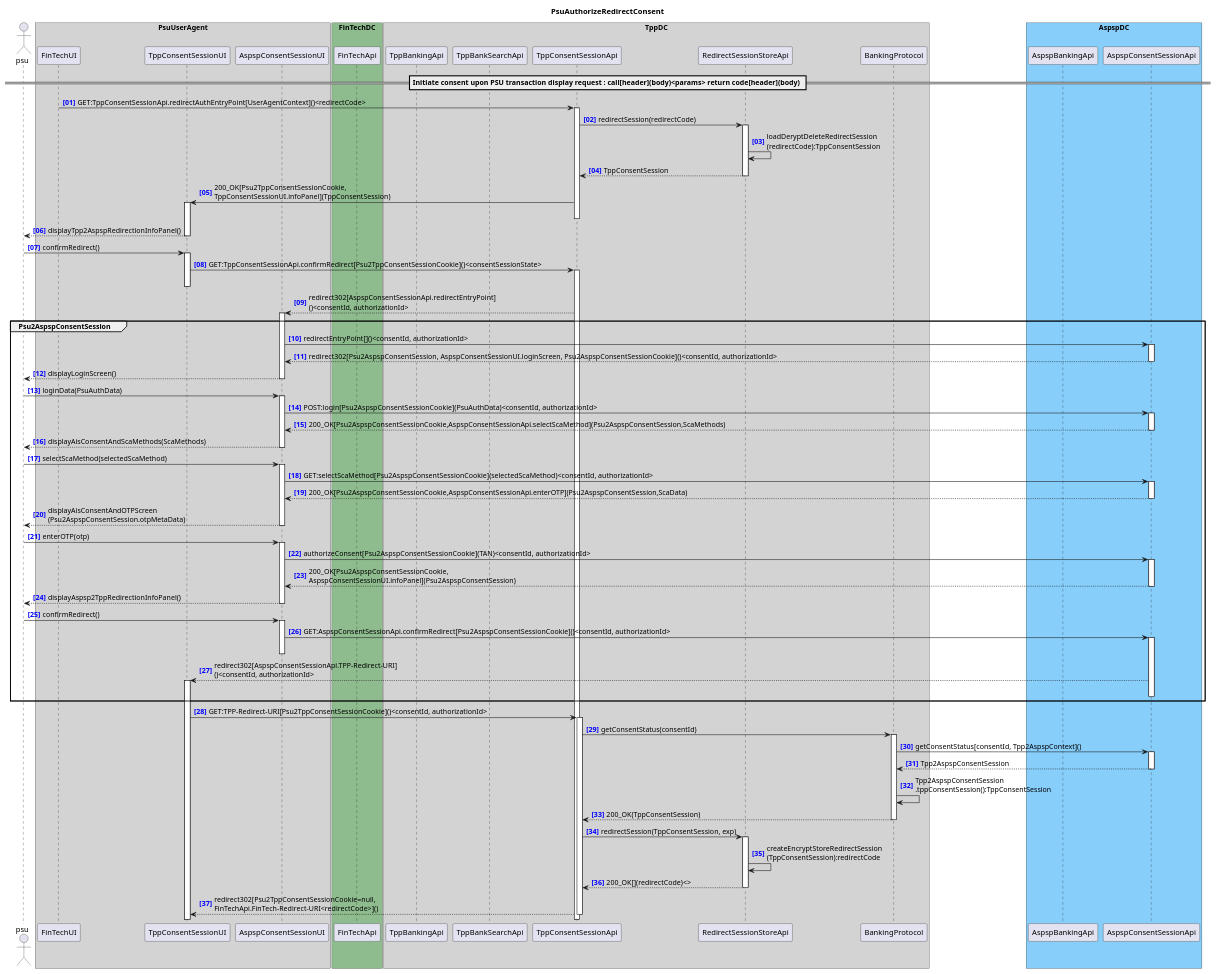
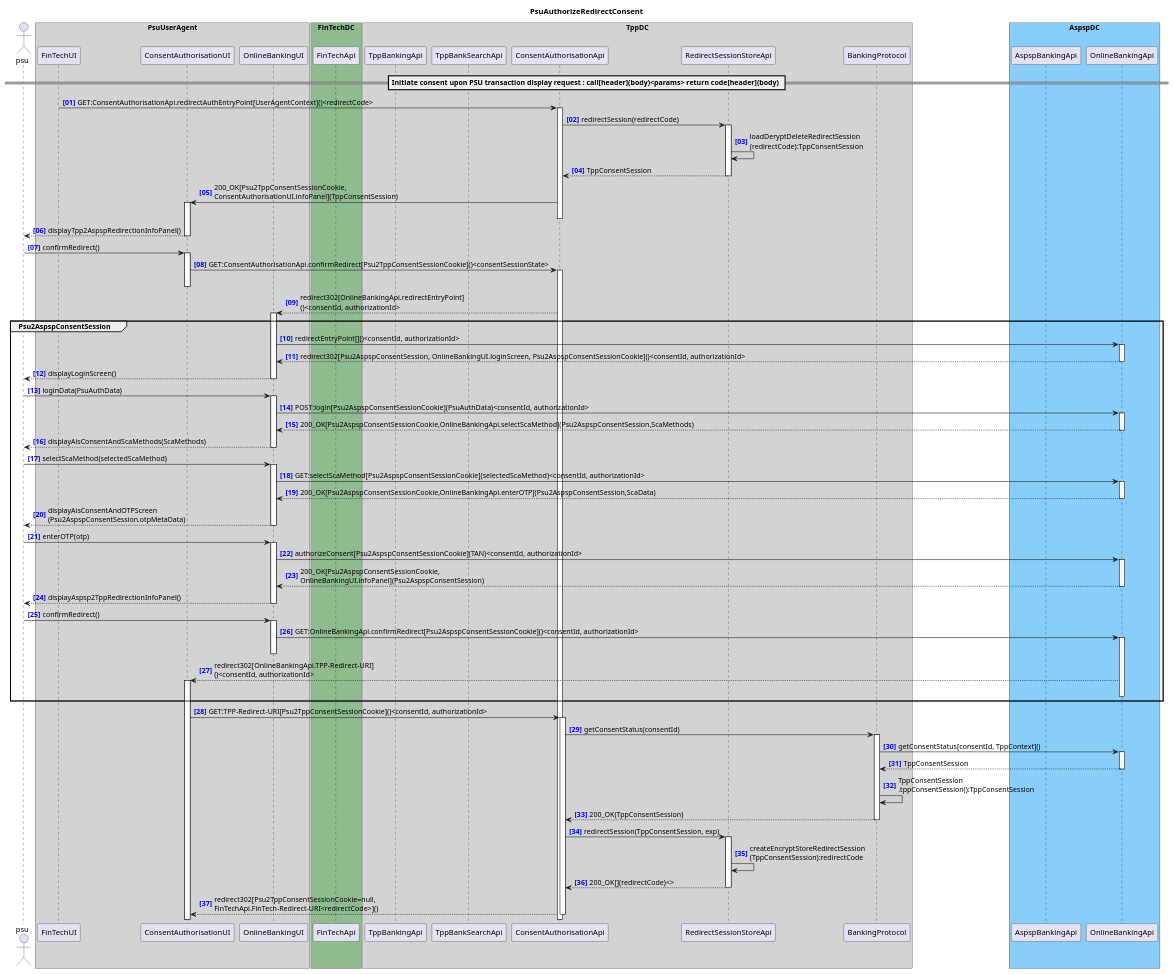
One commit to adorsys/open-banking-gateway changed the diagram in docs/architecture/diagrams/useCases/5b-psuAuthRedirectConsent.puml. Above: the diagram before and after it, drawn with PlantUML. The commit also changed 10 other files, not shown here.

```diff
--- a/docs/architecture/diagrams/useCases/5b-psuAuthRedirectConsent.puml
+++ b/docs/architecture/diagrams/useCases/5b-psuAuthRedirectConsent.puml
@@ -1,76 +1,76 @@
 @startuml PsuAuthorizeRedirectConsent
 title PsuAuthorizeRedirectConsent
 autonumber "<b><color blue>[00]"
 actor psu
 
 box "PsuUserAgent" #LightGray
     participant "FinTechUI" as FinTechUI
-    participant "TppConsentSessionUI" as TppConsentSessionUI
-    participant "AspspConsentSessionUI" as AspspConsentSessionUI
+    participant "ConsentAuthorisationUI" as ConsentAuthorisationUI
+    participant "OnlineBankingUI" as OnlineBankingUI
 end box
 box "FinTechDC" #DarkSeaGreen
     participant "FinTechApi" as FinTechApi
 end box
 box "TppDC" #LightGray
     participant "TppBankingApi" as TppBankingApi
     participant "TppBankSearchApi" as TppBankSearchApi
-    participant "TppConsentSessionApi" as TppConsentSessionApi
+    participant "ConsentAuthorisationApi" as ConsentAuthorisationApi
 
     participant "RedirectSessionStoreApi" as RedirectSessionStoreApi
     participant "BankingProtocol" as BankingProtocol
 end box
 box "AspspDC" #LightSkyBlue
 	participant "AspspBankingApi" as AspspBankingApi
-    participant "AspspConsentSessionApi" as AspspConsentSessionApi
+    participant "OnlineBankingApi" as OnlineBankingApi
 end box
 
 == Initiate consent upon PSU transaction display request : call[header](body)<params> return code[header](body) ==
 
-FinTechUI -> TppConsentSessionApi ++ : GET:TppConsentSessionApi.redirectAuthEntryPoint[UserAgentContext]()<redirectCode>
-TppConsentSessionApi -> RedirectSessionStoreApi ++ : redirectSession(redirectCode)
+FinTechUI -> ConsentAuthorisationApi ++ : GET:ConsentAuthorisationApi.redirectAuthEntryPoint[UserAgentContext]()<redirectCode>
+ConsentAuthorisationApi -> RedirectSessionStoreApi ++ : redirectSession(redirectCode)
 RedirectSessionStoreApi -> RedirectSessionStoreApi : loadDeryptDeleteRedirectSession\n(redirectCode):TppConsentSession
 return TppConsentSession
-TppConsentSessionApi -> TppConsentSessionUI ++ : 200_OK[Psu2TppConsentSessionCookie,\nTppConsentSessionUI.infoPanel](TppConsentSession)
-deactivate TppConsentSessionApi
-TppConsentSessionUI --> psu : displayTpp2AspspRedirectionInfoPanel()
-deactivate TppConsentSessionUI
-psu -> TppConsentSessionUI ++ : confirmRedirect()
-TppConsentSessionUI -> TppConsentSessionApi ++ : GET:TppConsentSessionApi.confirmRedirect[Psu2TppConsentSessionCookie]()<consentSessionState>
-deactivate TppConsentSessionUI
-TppConsentSessionApi --> AspspConsentSessionUI ++ : redirect302[AspspConsentSessionApi.redirectEntryPoint]\n()<consentId, authorizationId>
+ConsentAuthorisationApi -> ConsentAuthorisationUI ++ : 200_OK[Psu2TppConsentSessionCookie,\nConsentAuthorisationUI.infoPanel](TppConsentSession)
+deactivate ConsentAuthorisationApi
+ConsentAuthorisationUI --> psu : displayTpp2AspspRedirectionInfoPanel()
+deactivate ConsentAuthorisationUI
+psu -> ConsentAuthorisationUI ++ : confirmRedirect()
+ConsentAuthorisationUI -> ConsentAuthorisationApi ++ : GET:ConsentAuthorisationApi.confirmRedirect[Psu2TppConsentSessionCookie]()<consentSessionState>
+deactivate ConsentAuthorisationUI
+ConsentAuthorisationApi --> OnlineBankingUI ++ : redirect302[OnlineBankingApi.redirectEntryPoint]\n()<consentId, authorizationId>
 group Psu2AspspConsentSession
-    AspspConsentSessionUI -> AspspConsentSessionApi ++ : redirectEntryPoint[]()<consentId, authorizationId>
-    return redirect302[Psu2AspspConsentSession, AspspConsentSessionUI.loginScreen, Psu2AspspConsentSessionCookie]()<consentId, authorizationId>
-    AspspConsentSessionUI --> psu : displayLoginScreen()
-    deactivate AspspConsentSessionUI
-    psu -> AspspConsentSessionUI ++ : loginData(PsuAuthData)
-    AspspConsentSessionUI -> AspspConsentSessionApi ++ : POST:login[Psu2AspspConsentSessionCookie](PsuAuthData)<consentId, authorizationId> 
-    return 200_OK[Psu2AspspConsentSessionCookie,AspspConsentSessionApi.selectScaMethod](Psu2AspspConsentSession,ScaMethods)
+    OnlineBankingUI -> OnlineBankingApi ++ : redirectEntryPoint[]()<consentId, authorizationId>
+    return redirect302[Psu2AspspConsentSession, OnlineBankingUI.loginScreen, Psu2AspspConsentSessionCookie]()<consentId, authorizationId>
+    OnlineBankingUI --> psu : displayLoginScreen()
+    deactivate OnlineBankingUI
+    psu -> OnlineBankingUI ++ : loginData(PsuAuthData)
+    OnlineBankingUI -> OnlineBankingApi ++ : POST:login[Psu2AspspConsentSessionCookie](PsuAuthData)<consentId, authorizationId> 
+    return 200_OK[Psu2AspspConsentSessionCookie,OnlineBankingApi.selectScaMethod](Psu2AspspConsentSession,ScaMethods)
     return displayAisConsentAndScaMethods(ScaMethods)
-    psu -> AspspConsentSessionUI ++ : selectScaMethod(selectedScaMethod)
-    AspspConsentSessionUI -> AspspConsentSessionApi ++ : GET:selectScaMethod[Psu2AspspConsentSessionCookie](selectedScaMethod)<consentId, authorizationId> 
-    return 200_OK[Psu2AspspConsentSessionCookie,AspspConsentSessionApi.enterOTP](Psu2AspspConsentSession,ScaData)
+    psu -> OnlineBankingUI ++ : selectScaMethod(selectedScaMethod)
+    OnlineBankingUI -> OnlineBankingApi ++ : GET:selectScaMethod[Psu2AspspConsentSessionCookie](selectedScaMethod)<consentId, authorizationId> 
+    return 200_OK[Psu2AspspConsentSessionCookie,OnlineBankingApi.enterOTP](Psu2AspspConsentSession,ScaData)
     return displayAisConsentAndOTPScreen\n(Psu2AspspConsentSession.otpMetaData)
-    psu -> AspspConsentSessionUI ++ : enterOTP(otp)
-    AspspConsentSessionUI -> AspspConsentSessionApi ++ : authorizeConsent[Psu2AspspConsentSessionCookie](TAN)<consentId, authorizationId> 
-    return 200_OK[Psu2AspspConsentSessionCookie,\nAspspConsentSessionUI.infoPanel](Psu2AspspConsentSession)
-    AspspConsentSessionUI --> psu : displayAspsp2TppRedirectionInfoPanel()
-    deactivate AspspConsentSessionUI
-    psu -> AspspConsentSessionUI ++ : confirmRedirect()
-    AspspConsentSessionUI -> AspspConsentSessionApi ++ : GET:AspspConsentSessionApi.confirmRedirect[Psu2AspspConsentSessionCookie]()<consentId, authorizationId>
-    deactivate AspspConsentSessionUI
-    AspspConsentSessionApi --> TppConsentSessionUI ++ : redirect302[AspspConsentSessionApi.TPP-Redirect-URI]\n()<consentId, authorizationId>
-    deactivate AspspConsentSessionApi
+    psu -> OnlineBankingUI ++ : enterOTP(otp)
+    OnlineBankingUI -> OnlineBankingApi ++ : authorizeConsent[Psu2AspspConsentSessionCookie](TAN)<consentId, authorizationId> 
+    return 200_OK[Psu2AspspConsentSessionCookie,\nOnlineBankingUI.infoPanel](Psu2AspspConsentSession)
+    OnlineBankingUI --> psu : displayAspsp2TppRedirectionInfoPanel()
+    deactivate OnlineBankingUI
+    psu -> OnlineBankingUI ++ : confirmRedirect()
+    OnlineBankingUI -> OnlineBankingApi ++ : GET:OnlineBankingApi.confirmRedirect[Psu2AspspConsentSessionCookie]()<consentId, authorizationId>
+    deactivate OnlineBankingUI
+    OnlineBankingApi --> ConsentAuthorisationUI ++ : redirect302[OnlineBankingApi.TPP-Redirect-URI]\n()<consentId, authorizationId>
+    deactivate OnlineBankingApi
 end
-activate TppConsentSessionUI
-TppConsentSessionUI -> TppConsentSessionApi ++ : GET:TPP-Redirect-URI[Psu2TppConsentSessionCookie]()<consentId, authorizationId>
-TppConsentSessionApi -> BankingProtocol ++ : getConsentStatus(consentId)
-BankingProtocol -> AspspConsentSessionApi ++ : getConsentStatus[consentId, Tpp2AspspContext]()
-return Tpp2AspspConsentSession
-BankingProtocol -> BankingProtocol : Tpp2AspspConsentSession\n.tppConsentSession():TppConsentSession
+activate ConsentAuthorisationUI
+ConsentAuthorisationUI -> ConsentAuthorisationApi ++ : GET:TPP-Redirect-URI[Psu2TppConsentSessionCookie]()<consentId, authorizationId>
+ConsentAuthorisationApi -> BankingProtocol ++ : getConsentStatus(consentId)
+BankingProtocol -> OnlineBankingApi ++ : getConsentStatus[consentId, TppContext]()
+return TppConsentSession
+BankingProtocol -> BankingProtocol : TppConsentSession\n.tppConsentSession():TppConsentSession
 return 200_OK(TppConsentSession)
-TppConsentSessionApi -> RedirectSessionStoreApi ++ : redirectSession(TppConsentSession, exp)
+ConsentAuthorisationApi -> RedirectSessionStoreApi ++ : redirectSession(TppConsentSession, exp)
 RedirectSessionStoreApi -> RedirectSessionStoreApi : createEncryptStoreRedirectSession\n(TppConsentSession):redirectCode
 return 200_OK[](redirectCode)<>
 return redirect302[Psu2TppConsentSessionCookie=null,\nFinTechApi.FinTech-Redirect-URI<redirectCode>]()
 @enduml
```
